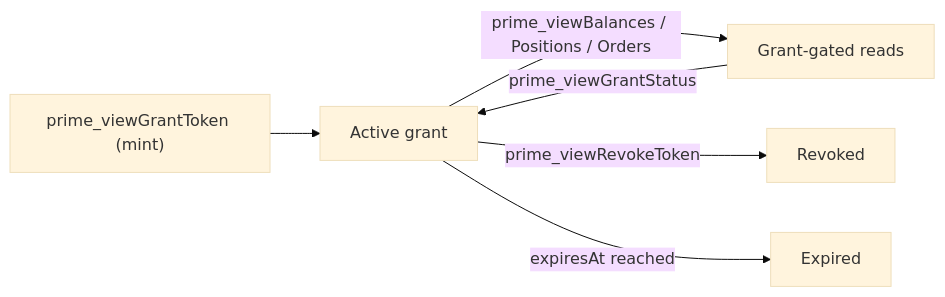
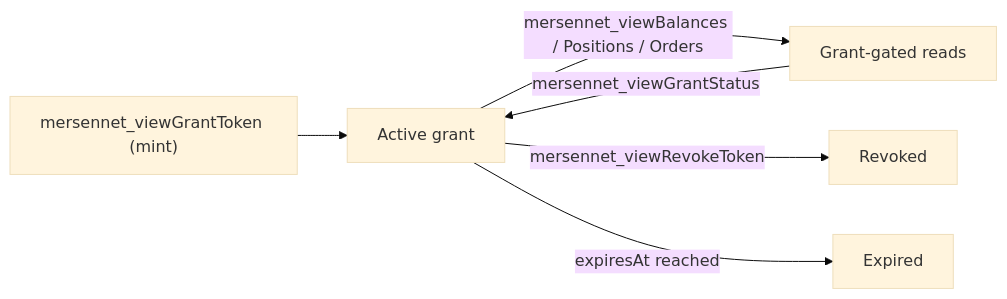
The diagram in src/content/docs/privacy/selective-disclosure.md (mersennet/docs), drawn with Mermaid (base theme) before and after one commit. The commit also changed other lines of this file and 71 other files, not shown here.

Commit message:
rename: complete Prime -> Mersennet brand sweep

````diff
--- a/src/content/docs/privacy/selective-disclosure.md
+++ b/src/content/docs/privacy/selective-disclosure.md
@@ -30,8 +30,8 @@
 ```mermaid
 flowchart LR
-  Mint["prime_viewGrantToken (mint)"] --> Active["Active grant"]
-  Active -->|"prime_viewBalances / Positions / Orders"| Read["Grant-gated reads"]
-  Active -->|"prime_viewRevokeToken"| Revoked["Revoked"]
+  Mint["mersennet_viewGrantToken (mint)"] --> Active["Active grant"]
+  Active -->|"mersennet_viewBalances / Positions / Orders"| Read["Grant-gated reads"]
+  Active -->|"mersennet_viewRevokeToken"| Revoked["Revoked"]
   Active -->|"expiresAt reached"| Expired["Expired"]
-  Read -->|"prime_viewGrantStatus"| Active
+  Read -->|"mersennet_viewGrantStatus"| Active
 ```
````
